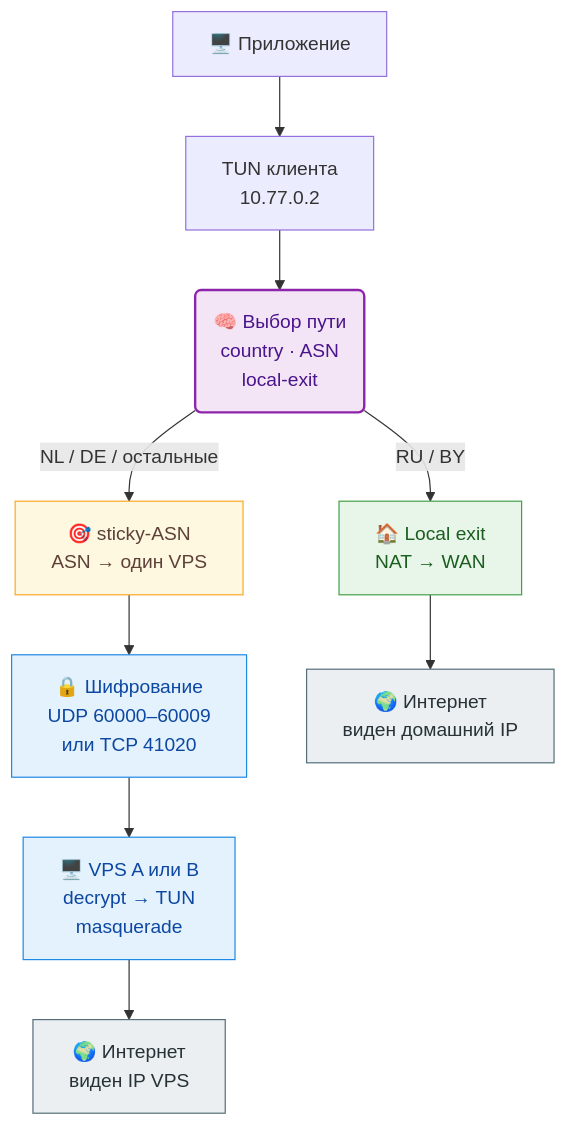
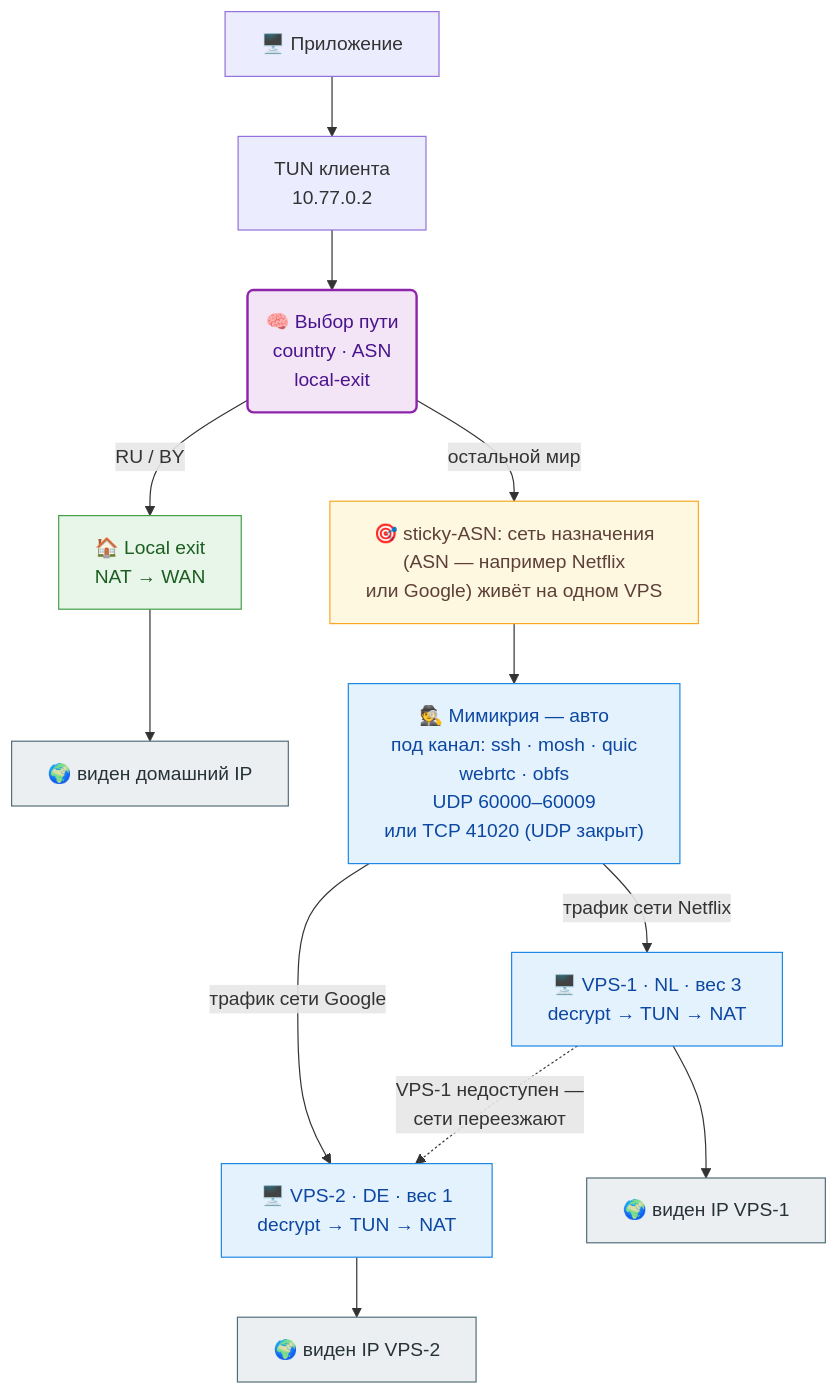
The diagram in README.md (vadv/svpn), drawn with Mermaid before and after one commit. The commit also changed other lines of this file and 1 other file, not shown here.

Commit message:
docs: show auto camouflage, ASN pinning and multiple VPS in the diagram
The transport node now names the camouflage protocols and the
automatic per-channel choice with the TCP fallback. Two VPSs with
weights and countries replace the generic VPS box, sticky-ASN explains
ASN through concrete networks, and a dashed edge shows the failover.

````diff
--- a/README.md
+++ b/README.md
@@ -9,22 +9,25 @@
 ```mermaid
 %%{init: {"flowchart": {"wrappingWidth": 280}}}%%
 flowchart TD
     app["🖥️ Приложение"] --> tun["TUN клиента<br/>10.77.0.2"]
     tun --> brain("🧠 Выбор пути<br/>country · ASN<br/>local-exit")
     brain -->|"RU / BY"| local["🏠 Local exit<br/>NAT → WAN"]
-    brain -->|"NL / DE / остальные"| asn["🎯 sticky-ASN<br/>ASN → один VPS"]
-    asn --> enc["🔒 Шифрование<br/>UDP 60000–60009<br/>или TCP 41020"]
-    enc --> vps["🖥️ VPS A или B<br/>decrypt → TUN<br/>masquerade"]
-    local --> home["🌍 Интернет<br/>виден домашний IP"]
-    vps --> via["🌍 Интернет<br/>виден IP VPS"]
+    local --> home["🌍 виден домашний IP"]
+    brain -->|"остальной мир"| asn["🎯 sticky-ASN: сеть назначения<br/>(ASN — например Netflix<br/>или Google) живёт на одном VPS"]
+    asn --> mimic["🕵️ Мимикрия — авто<br/>под канал: ssh · mosh · quic<br/>webrtc · obfs<br/>UDP 60000–60009<br/>или TCP 41020 (UDP закрыт)"]
+    mimic -->|"трафик сети Netflix"| vps1["🖥️ VPS-1 · NL · вес 3<br/>decrypt → TUN → NAT"]
+    mimic -->|"трафик сети Google"| vps2["🖥️ VPS-2 · DE · вес 1<br/>decrypt → TUN → NAT"]
+    vps1 --> net1["🌍 виден IP VPS-1"]
+    vps2 --> net2["🌍 виден IP VPS-2"]
+    vps1 -.->|"VPS-1 недоступен —<br/>сети переезжают"| vps2
     classDef brain fill:#f3e5f5,stroke:#8e24aa,stroke-width:2px,color:#4a148c
     classDef local fill:#e8f5e9,stroke:#43a047,color:#1b5e20
     classDef asn fill:#fff8e1,stroke:#f9a825,color:#5d4037
     classDef vpn fill:#e3f2fd,stroke:#1e88e5,color:#0d47a1
     classDef edge fill:#eceff1,stroke:#546e7a,color:#263238
     class brain brain
     class local local
     class asn asn
-    class enc,vps vpn
-    class home,via edge
+    class mimic,vps1,vps2 vpn
+    class home,net1,net2 edge
 ```
````
